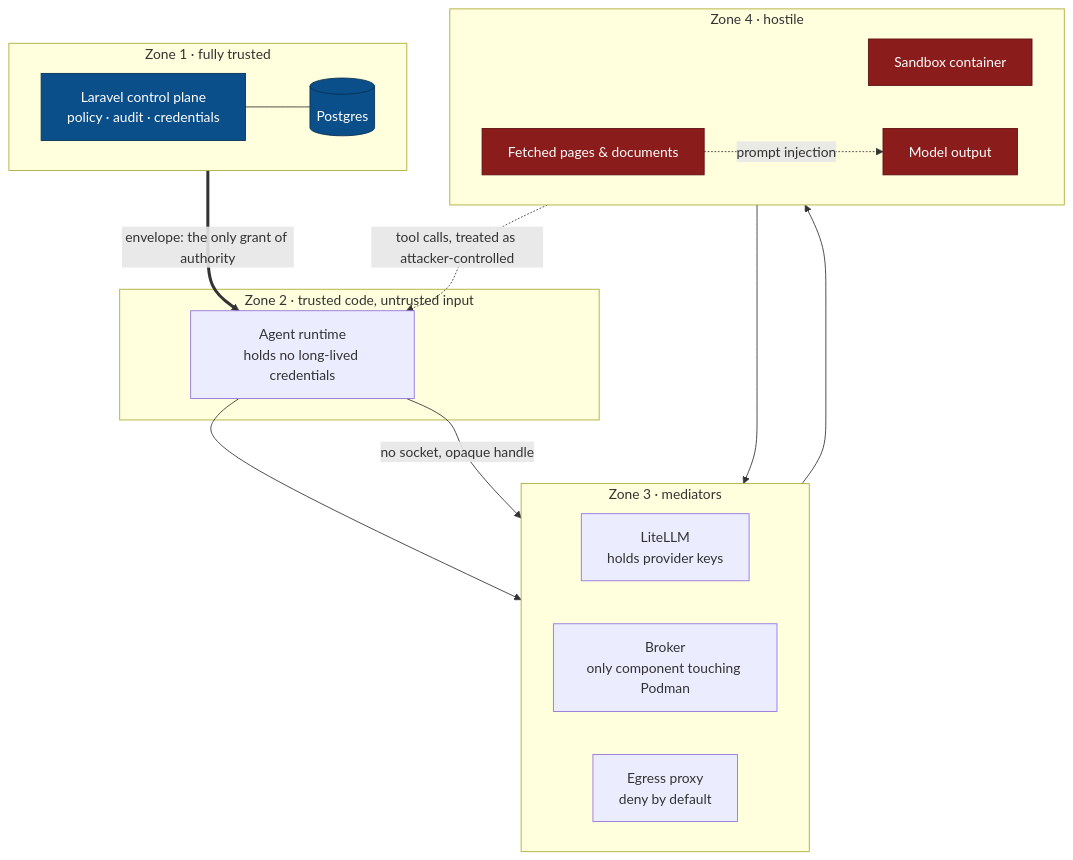
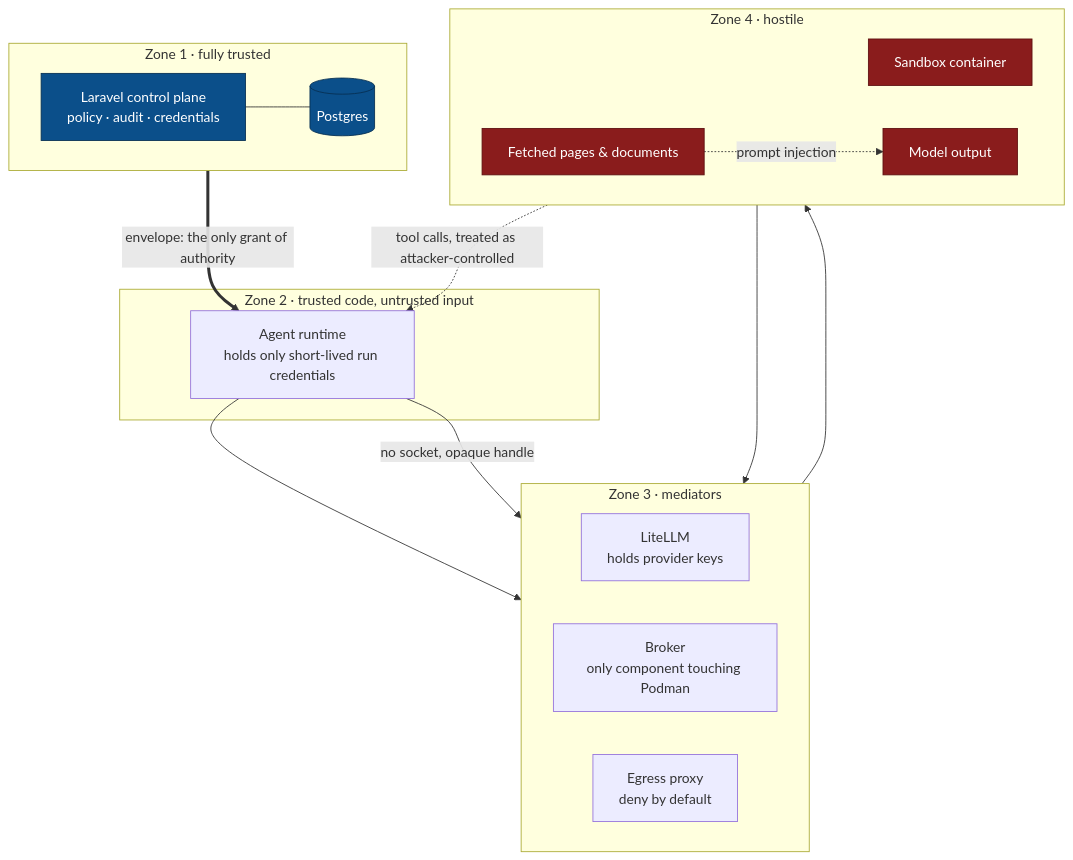
The diagram in docs/security-model.md (ScaleUpSA/Musaed), drawn with Mermaid before and after one commit. The commit also changed other lines of this file and 8 other files, not shown here.

````diff
--- a/docs/security-model.md
+++ b/docs/security-model.md
@@ -17,40 +17,40 @@
 ```mermaid
 flowchart TB
     subgraph z1["Zone 1 · fully trusted"]
         direction LR
         web["Laravel control plane<br/>policy · audit · credentials"]
         db[("Postgres")]
         web --- db
     end
 
     subgraph z2["Zone 2 · trusted code, untrusted input"]
-        agent["Agent runtime<br/>holds no long-lived credentials"]
+        agent["Agent runtime<br/>holds only short-lived run credentials"]
     end
 
     subgraph z3["Zone 3 · mediators"]
         direction LR
         litellm["LiteLLM<br/>holds provider keys"]
         broker["Broker<br/>only component touching Podman"]
         proxy["Egress proxy<br/>deny by default"]
     end
 
     subgraph z4["Zone 4 · hostile"]
         direction LR
         sandbox["Sandbox container"]
         model["Model output"]
         webpages["Fetched pages &amp; documents"]
     end
 
     web ==>|"envelope: the only grant of authority"| agent
     agent --> litellm
     agent -->|"no socket, opaque handle"| broker
     broker --> sandbox
     sandbox --> proxy
     model -.->|"tool calls, treated as attacker-controlled"| agent
     webpages -.->|"prompt injection"| model
 
     classDef trusted fill:#0b4f8a,stroke:#062f52,color:#fff
     classDef hostile fill:#8a1c1c,stroke:#5c0f0f,color:#fff
     class web,db trusted
     class sandbox,model,webpages hostile
 ```
````
